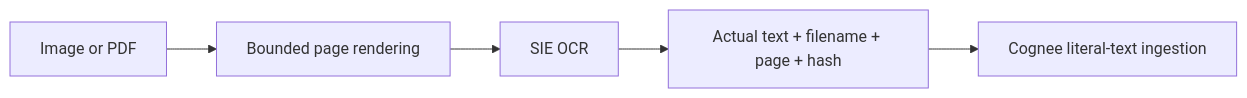
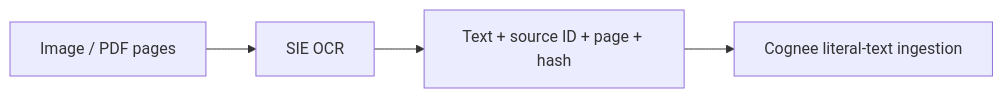
One commit to superlinked/sie changed the second of 4 diagrams in examples/cognee/README.md. Above: the diagram before and after it, drawn with Mermaid. The commit also changed other lines of this file and 7 other files, not shown here.

````diff
--- a/examples/cognee/README.md
+++ b/examples/cognee/README.md
@@ -121,7 +104,6 @@
 ```mermaid
 flowchart LR
-  A[Image or PDF] --> B[Bounded page rendering]
-  B --> C[SIE OCR]
-  C --> D[Actual text + filename + page + hash]
-  D --> E[Cognee literal-text ingestion]
+  A[Image / PDF pages] --> B[SIE OCR]
+  B --> C[Text + source ID + page + hash]
+  C --> D[Cognee literal-text ingestion]
 ```
````
